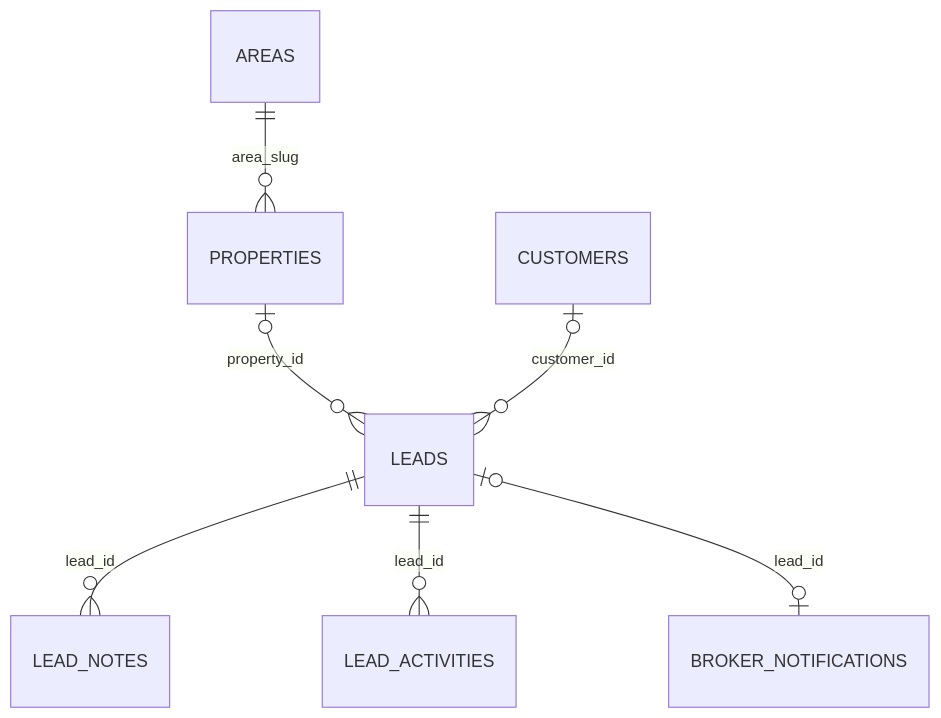
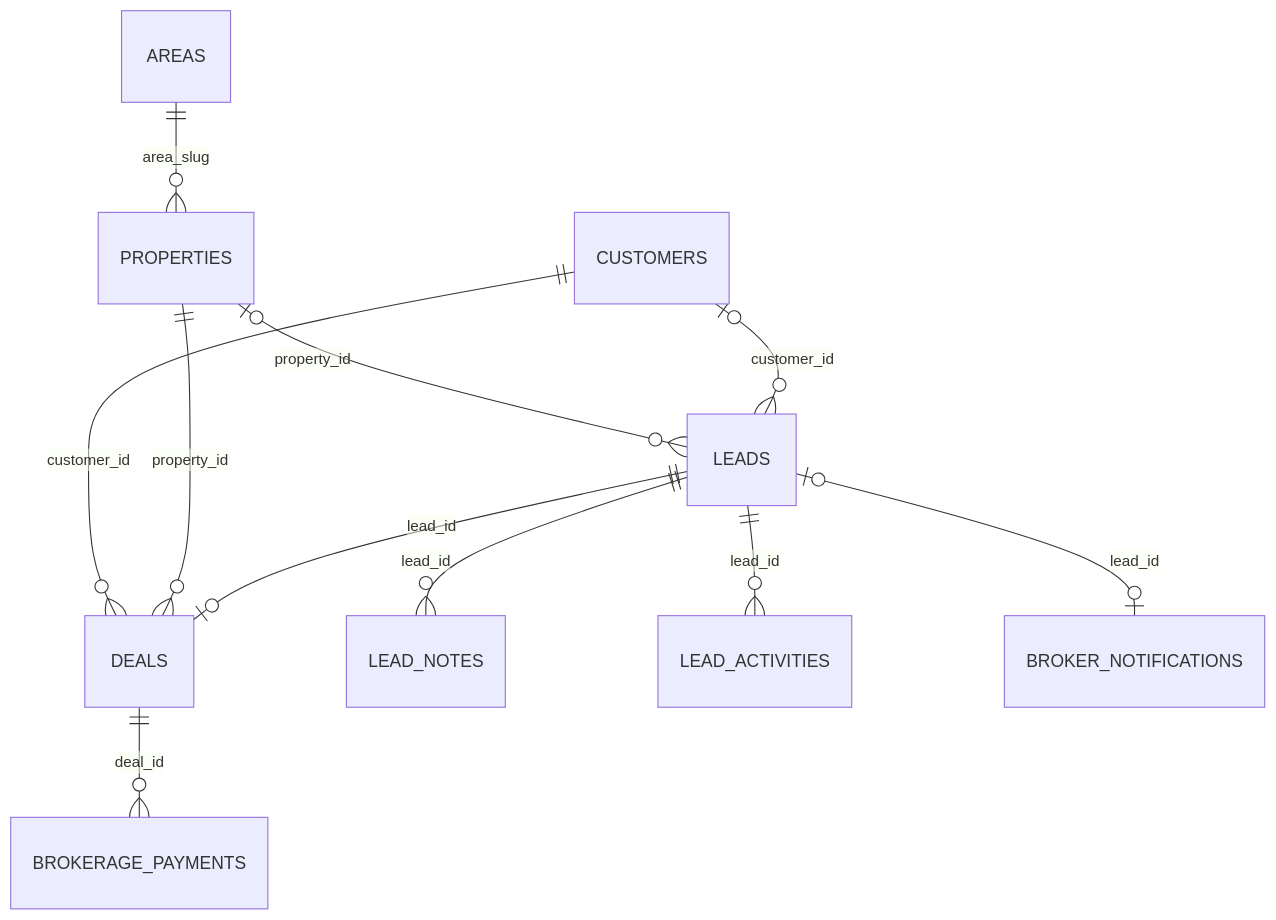
One commit to dineshprabhu-s/chennai-real-estates changed the second of 5 diagrams in docs/TECHNICAL_OVERVIEW.md. Above: the diagram before and after it, drawn with Mermaid. The commit also changed other lines of this file and 5 other files, not shown here.

````diff
--- a/docs/TECHNICAL_OVERVIEW.md
+++ b/docs/TECHNICAL_OVERVIEW.md
@@ -107,9 +107,13 @@
 ```mermaid
 erDiagram
   AREAS ||--o{ PROPERTIES : area_slug
   PROPERTIES o|--o{ LEADS : property_id
   CUSTOMERS o|--o{ LEADS : customer_id
+  CUSTOMERS ||--o{ DEALS : customer_id
+  PROPERTIES ||--o{ DEALS : property_id
+  LEADS ||--o| DEALS : lead_id
+  DEALS ||--o{ BROKERAGE_PAYMENTS : deal_id
   LEADS ||--o{ LEAD_NOTES : lead_id
   LEADS ||--o{ LEAD_ACTIVITIES : lead_id
   LEADS o|--o| BROKER_NOTIFICATIONS : lead_id
 ```
````
